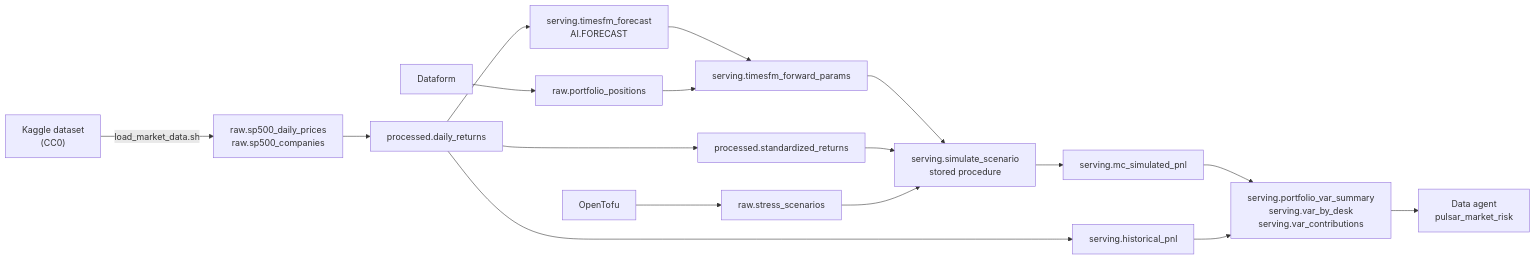
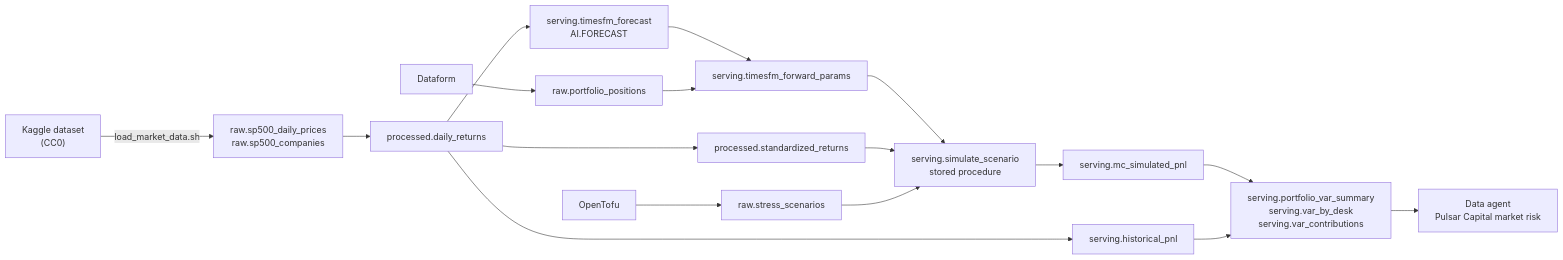
Before and after one commit to gCloud-Tech-Showcase/datacloud-market-risk: the first of 2 diagrams in docs/architecture.md, drawn with Mermaid. The commit also changed 4 other files, not shown here.

First line of the commit message:
Recreate the data agent on change instead of updating it in place

````diff
--- a/docs/architecture.md
+++ b/docs/architecture.md
@@ -9,19 +9,19 @@
 ```mermaid
 flowchart LR
     K["Kaggle dataset<br/>(CC0)"] -->|load_market_data.sh| R1["raw.sp500_daily_prices<br/>raw.sp500_companies"]
     T["OpenTofu"] --> R2["raw.stress_scenarios"]
     D["Dataform"] --> R3["raw.portfolio_positions"]
     R1 --> P1["processed.daily_returns"]
     P1 --> P2["processed.standardized_returns"]
     P1 --> S1["serving.timesfm_forecast<br/>AI.FORECAST"]
     S1 --> S2["serving.timesfm_forward_params"]
     R3 --> S2
     S2 --> SP["serving.simulate_scenario<br/>stored procedure"]
     P2 --> SP
     R2 --> SP
     SP --> M["serving.mc_simulated_pnl"]
     M --> V["serving.portfolio_var_summary<br/>serving.var_by_desk<br/>serving.var_contributions"]
     P1 --> H["serving.historical_pnl"]
     H --> V
-    V --> A["Data agent<br/>pulsar_market_risk"]
+    V --> A["Data agent<br/>Pulsar Capital market risk"]
 ```
````
